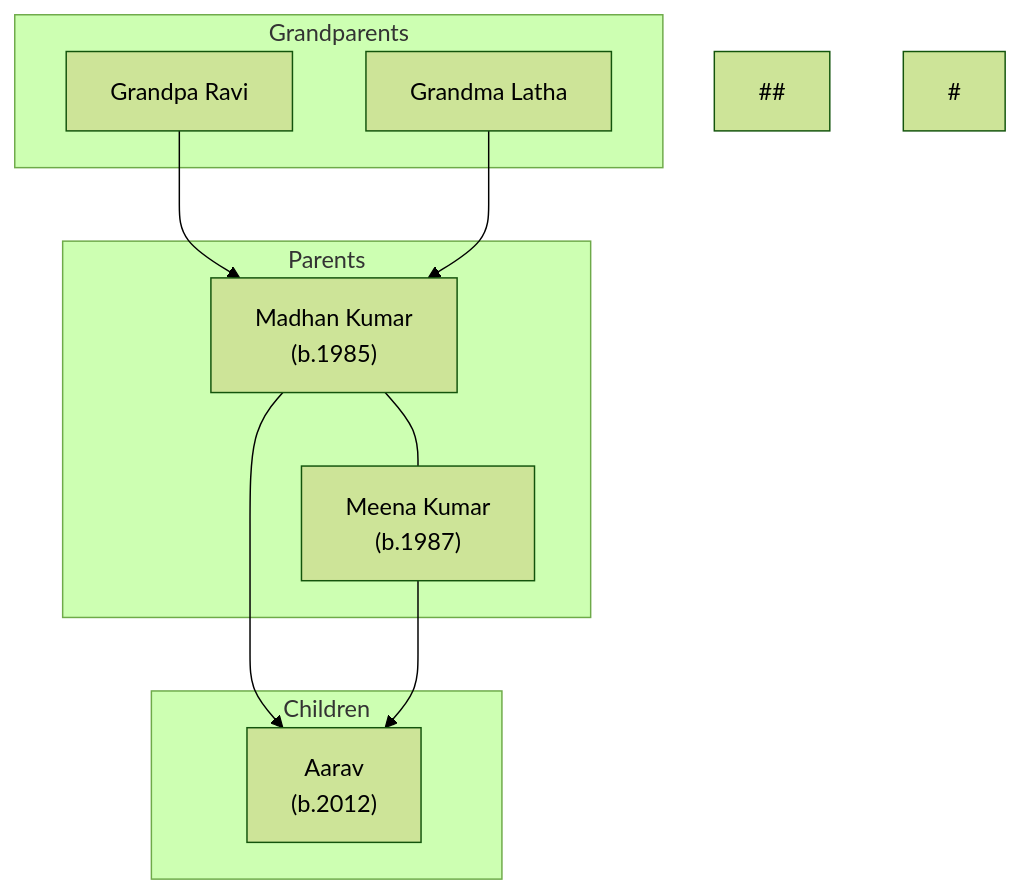
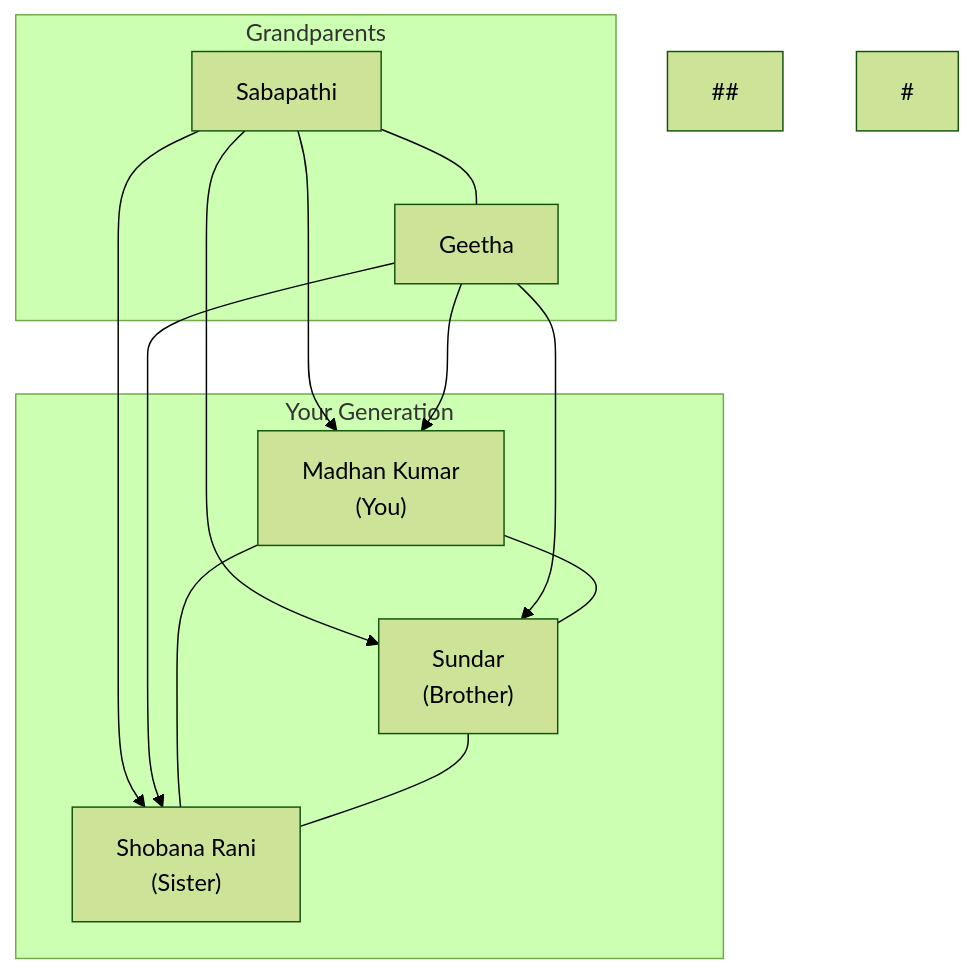
One commit to madhankumar866/family-tree-genealogy-system changed the diagram in docs/family.mmd. Above: the diagram before and after it, drawn with Mermaid (forest theme).

Commit message:
Add family members: Madhan Kumar, Sundar, Shobana Rani, Sabapathi, Geetha

```diff
--- a/docs/family.mmd
+++ b/docs/family.mmd
@@ -1,24 +1,26 @@
 flowchart TB
   subgraph G0["Grandparents"]
-    GP1["Grandpa Ravi"]
-    GP2["Grandma Latha"]
+    GP1["Sabapathi"]
+    GP2["Geetha"]
   end
 
-  subgraph G1["Parents"]
-    P1["Madhan Kumar\n(b.1985)"]
-    P2["Meena Kumar\n(b.1987)"]
+  subgraph G1["Your Generation"]
+    S1["Madhan Kumar<br/>(You)"]
+    S2["Sundar<br/>(Brother)"]
+    S3["Shobana Rani<br/>(Sister)"]
   end
 
-  subgraph G2["Children"]
-    C1["Aarav\n(b.2012)"]
-  end
-
-  GP1 --> P1
-  GP2 --> P1
-  P1 --> C1
-  P2 --> C1
-  P1 --- P2
+  GP1 --> S1
+  GP2 --> S1
+  GP1 --> S2
+  GP2 --> S2
+  GP1 --> S3
+  GP2 --> S3
+  S1 --- S2
+  S1 --- S3
+  S2 --- S3
+  GP1 --- GP2
 ##
 #
 #
 #
```
